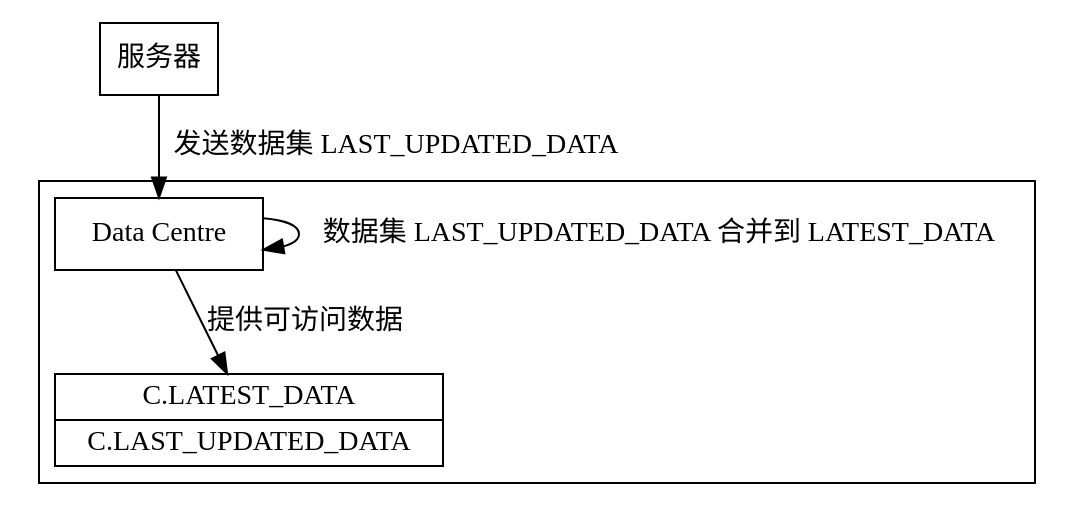
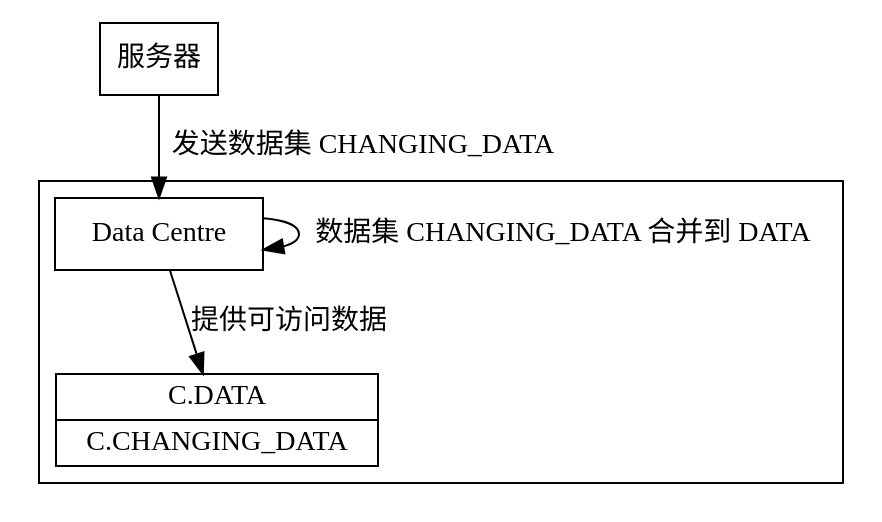
Before and after one commit to shinnytech/tqsdk-js: the diagram in doc/js_sdk/concept/data.rst, drawn with Graphviz. The commit also changed other lines of this file and 33 other files, not shown here.

```diff
--- a/doc/js_sdk/concept/data.rst
+++ b/doc/js_sdk/concept/data.rst
@@ -244,16 +244,16 @@
 .. graphviz::
 
     digraph dfd2{
         node[shape=record]
         subgraph level0{
             enti1 [label="服务器" shape=box];
         }
         subgraph cluster_level1{
             store [label="Data Centre"];
-            api [label="{<f0> C.LATEST_DATA|<f2> C.LAST_UPDATED_DATA}"];
+            api [label="{<f0> C.DATA|<f2> C.CHANGING_DATA}"];
         }
 
-        enti1 -> store [label="发送数据集 LAST_UPDATED_DATA"];
-        store -> store [label="数据集 LAST_UPDATED_DATA 合并到 LATEST_DATA"];
+        enti1 -> store [label="发送数据集 CHANGING_DATA"];
+        store -> store [label="数据集 CHANGING_DATA 合并到 DATA"];
         store -> api [label="提供可访问数据"];
     }
```
